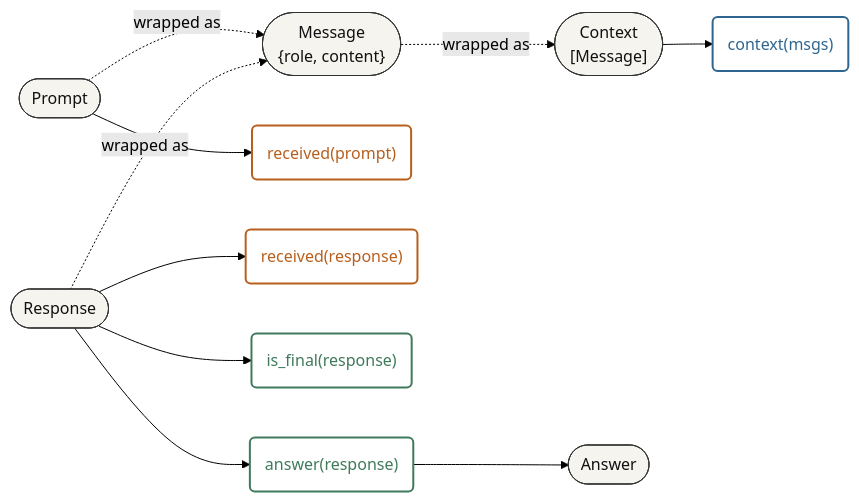
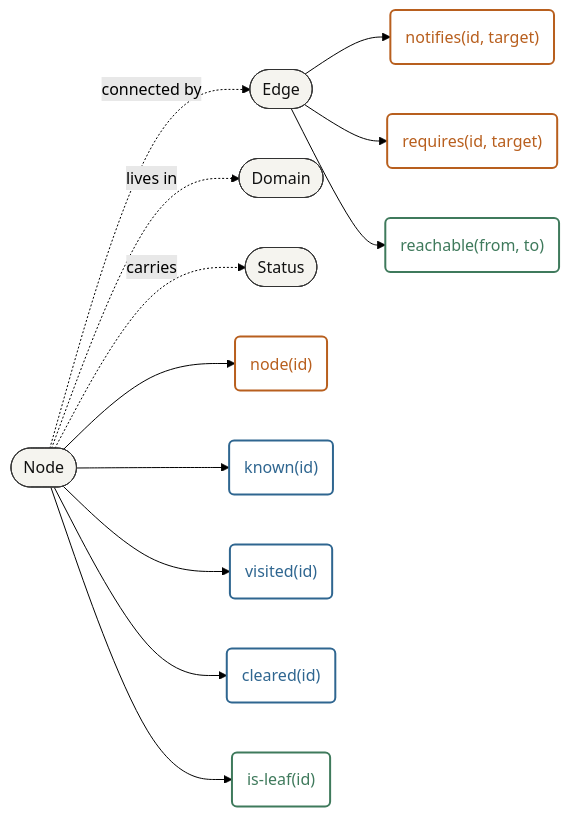
The diagram in documentation/agent-design-process/blog.md (thompsonson/intelligent_agents), drawn with Mermaid (forest theme) before and after one commit. The commit also changed other lines of this file and 1 other file, not shown here.

````diff
--- a/documentation/agent-design-process/blog.md
+++ b/documentation/agent-design-process/blog.md
@@ -111,30 +113,34 @@
 ```mermaid
 graph LR
     classDef type fill:#f5f4ef,stroke:#333,stroke-width:1px,color:#111
     classDef exo stroke:#b85f1e,color:#b85f1e,fill:#fff,stroke-width:2px
     classDef ctrl stroke:#2f6690,color:#2f6690,fill:#fff,stroke-width:2px
     classDef der stroke:#3f7a5c,color:#3f7a5c,fill:#fff,stroke-width:2px
 
-    Prompt(["Prompt"]):::type
-    Message(["Message<br/>{role, content}"]):::type
-    Context(["Context<br/>[Message]"]):::type
-    Response(["Response"]):::type
-    Answer(["Answer"]):::type
+    Node(["Node"]):::type
+    Edge(["Edge"]):::type
+    Domain(["Domain"]):::type
+    Status(["Status"]):::type
 
-    ReceivedPrompt("received(prompt)"):::exo
-    ReceivedResponse("received(response)"):::exo
-    ContextPred("context(msgs)"):::ctrl
-    IsFinal("is_final(response)"):::der
-    AnswerPred("answer(response)"):::der
+    NodePred("node(id)"):::exo
+    Notifies("notifies(id, target)"):::exo
+    Requires("requires(id, target)"):::exo
+    Known("known(id)"):::ctrl
+    Visited("visited(id)"):::ctrl
+    Cleared("cleared(id)"):::ctrl
+    Reachable("reachable(from, to)"):::der
+    Leaf("is-leaf(id)"):::der
 
-    Prompt --> ReceivedPrompt
-    Response --> ReceivedResponse
-    Context --> ContextPred
-    Response --> IsFinal
-    Response --> AnswerPred
-    AnswerPred --> Answer
+    Node --> NodePred
+    Edge --> Notifies
+    Edge --> Requires
+    Node --> Known
+    Node --> Visited
+    Node --> Cleared
+    Edge --> Reachable
+    Node --> Leaf
 
-    Prompt -.wrapped as.-> Message
-    Response -.wrapped as.-> Message
-    Message -.wrapped as.-> Context
+    Node -.connected by.-> Edge
+    Node -.lives in.-> Domain
+    Node -.carries.-> Status
 ```
````
